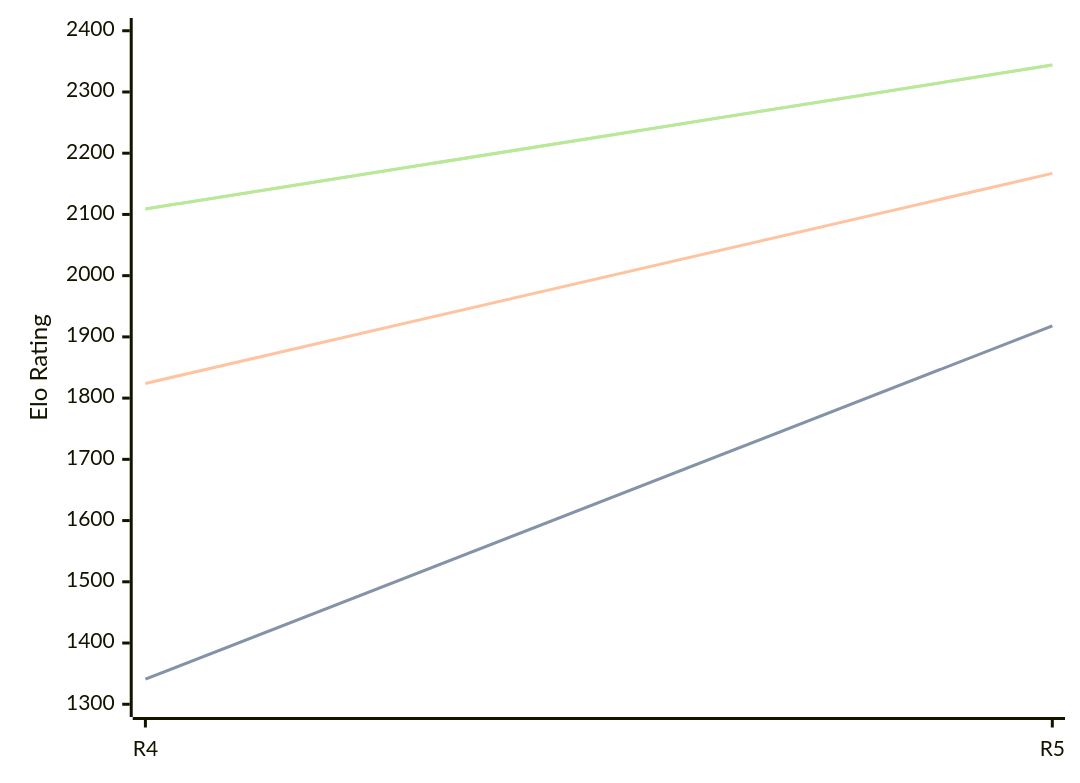
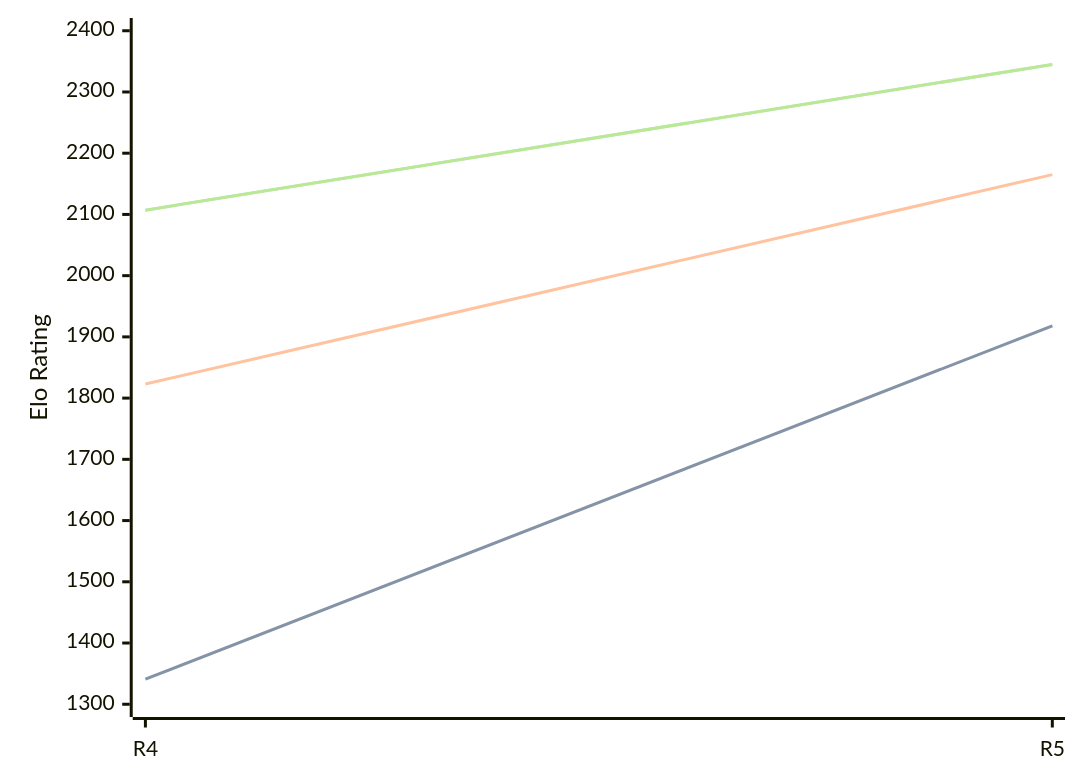
Before and after one commit to computer-chess-index/cci: the third of 3 diagrams in engines/Viking.md, drawn with Mermaid. The commit also changed other lines of this file, not shown here.

Commit message:
Update CCI Ratings (ELO VLTC) - 2026-06-27

````diff
--- a/engines/Viking.md
+++ b/engines/Viking.md
@@ -68,11 +68,11 @@
 ```mermaid
 %%{init: {"theme":"base","themeVariables":{"seriesColors:['#a3a3a3','#222221','#faa371']}}}%%
 xychart-beta
   x-axis ["R4", "R5"]
   y-axis "Elo Rating" 1300 --> 2400
   line "STC (8.0+0.08s)" [1341, 1918]
   line "STC (8.0+0.08s)" [1341, 1918]
-  line "LTC (60.0+0.60s)" [1824, 2167]
-  line "VLTC (2m24s+1.12s)" [2109, 2344]
-  line "VLTC (2m24s+1.12s)" [2109, 2344]
+  line "LTC (60.0+0.60s)" [1823, 2165]
+  line "VLTC (2m24s+1.12s)" [2107, 2345]
+  line "VLTC (2m24s+1.12s)" [2107, 2345]
 ```
````
